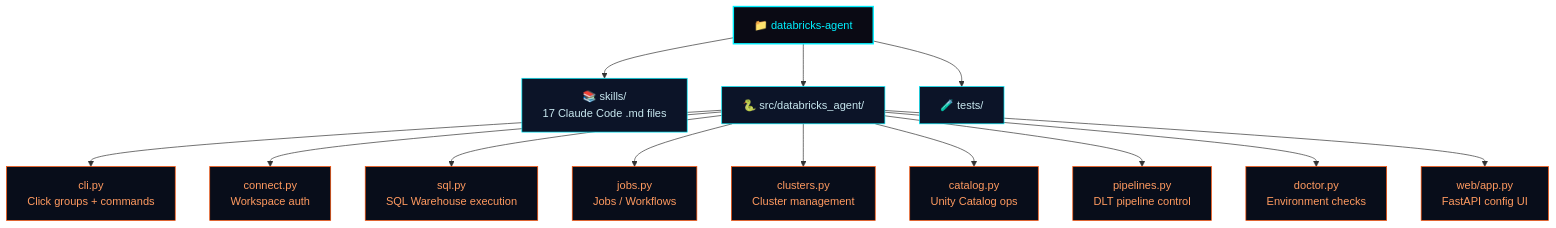
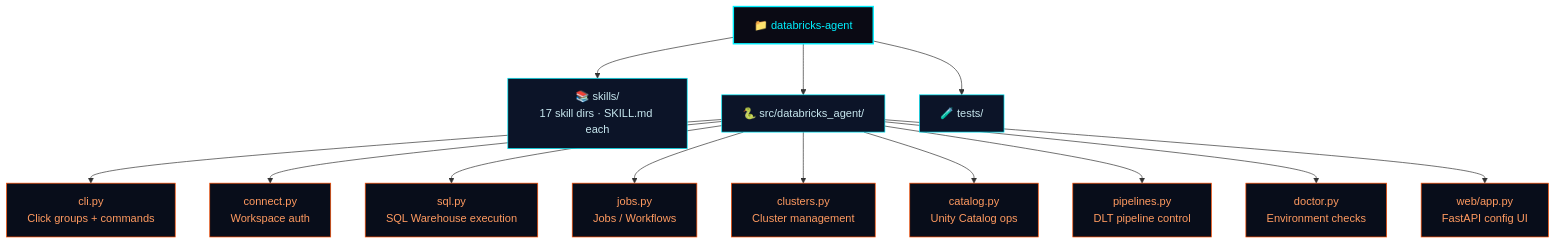
One commit to santoshkanthety/databricks-agent changed the sixth of 6 diagrams in README.md. Above: the diagram before and after it, drawn with Mermaid. The commit also changed other lines of this file and 41 other files, not shown here.

First line of the commit message:
feat: canonical SKILL.md layout + schema shared with powerbi-agent (#2)

````diff
--- a/README.md
+++ b/README.md
@@ -442,22 +446,22 @@
 ```mermaid
 flowchart TD
     ROOT["📁 databricks-agent"]:::root
 
-    ROOT --> SKILLS["📚 skills/\n17 Claude Code .md files"]:::layer
+    ROOT --> SKILLS["📚 skills/\n17 skill dirs · SKILL.md each"]:::layer
     ROOT --> SRC["🐍 src/databricks_agent/"]:::layer
     ROOT --> TESTS["🧪 tests/"]:::layer
 
     SRC --> CLI["cli.py\nClick groups + commands"]:::mod
     SRC --> CONN["connect.py\nWorkspace auth"]:::mod
     SRC --> SQLM["sql.py\nSQL Warehouse execution"]:::mod
     SRC --> JOBSM["jobs.py\nJobs / Workflows"]:::mod
     SRC --> CLUS["clusters.py\nCluster management"]:::mod
     SRC --> CAT["catalog.py\nUnity Catalog ops"]:::mod
     SRC --> PIPE["pipelines.py\nDLT pipeline control"]:::mod
     SRC --> DOC["doctor.py\nEnvironment checks"]:::mod
     SRC --> WEB["web/app.py\nFastAPI config UI"]:::mod
 
     classDef root fill:#0a0a14,color:#00f0ff,stroke:#00f0ff,stroke-width:2px
     classDef layer fill:#0c1428,color:#c8e8f0,stroke:#00f0ff,stroke-width:1px
     classDef mod fill:#080d1a,color:#ff9a60,stroke:#ff4e00,stroke-width:1px
 ```
````
